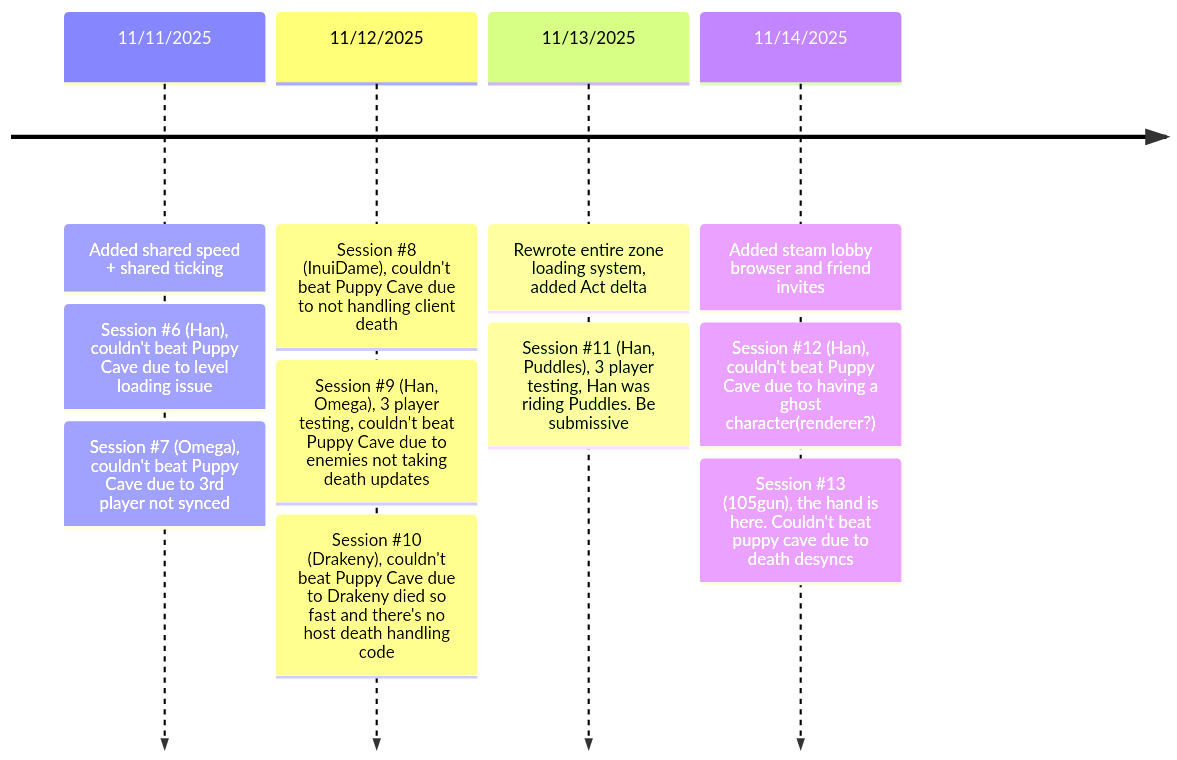
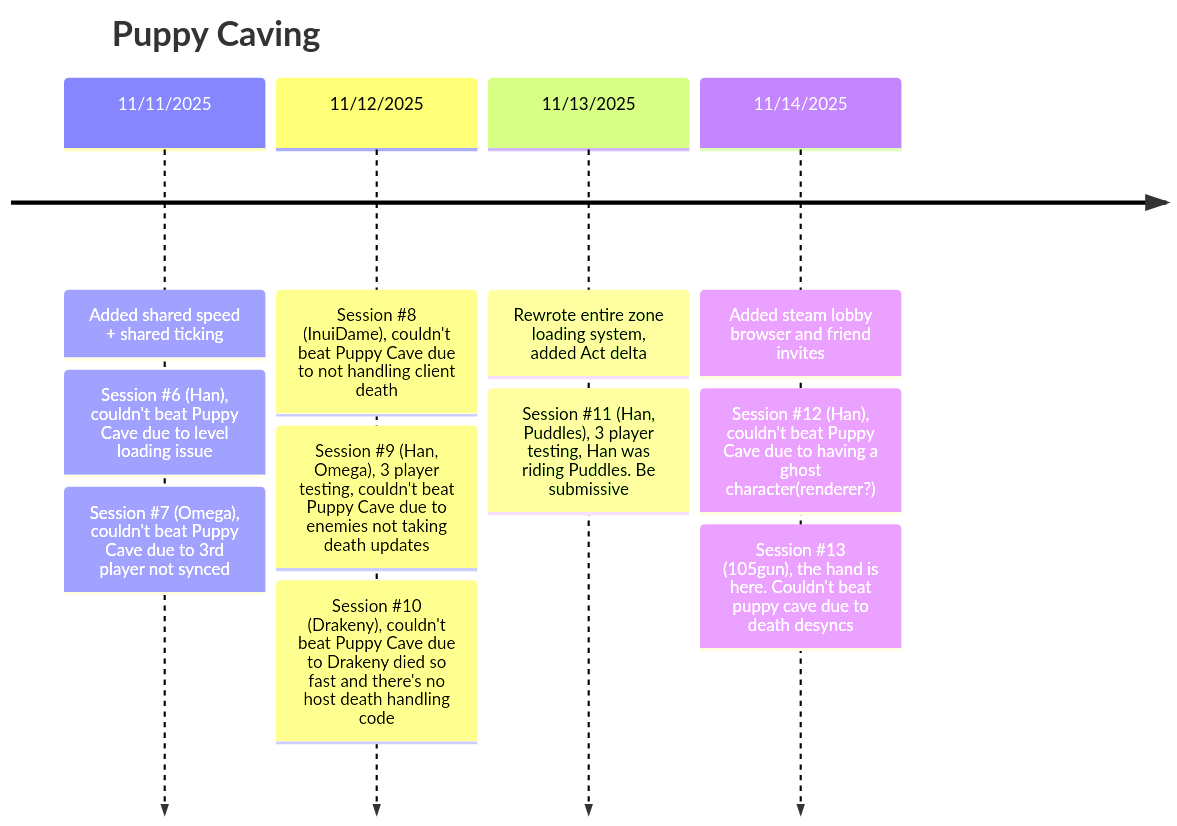
One commit to gottyduke/Elin.Plugins changed the second of 2 diagrams in ElinTogether/README.md. Above: the diagram before and after it, drawn with Mermaid. The commit also changed other lines of this file and 51 other files, not shown here.

````diff
--- a/ElinTogether/README.md
+++ b/ElinTogether/README.md
@@ -35,14 +32,15 @@
 ```mermaid
 timeline
+    title Puppy Caving
     11/11/2025 : Added shared speed + shared ticking
     : Session #6 (Han), couldn't beat Puppy Cave due to level loading issue
     : Session #7 (Omega), couldn't beat Puppy Cave due to 3rd player not synced
     11/12/2025 : Session #8 (InuiDame), couldn't beat Puppy Cave due to not handling client death
     : Session #9 (Han, Omega), 3 player testing, couldn't beat Puppy Cave due to enemies not taking death updates
     : Session #10 (Drakeny), couldn't beat Puppy Cave due to Drakeny died so fast and there's no host death handling code
     11/13/2025 : Rewrote entire zone loading system, added Act delta
     : Session #11 (Han, Puddles), 3 player testing, Han was riding Puddles. Be submissive
     11/14/2025 : Added steam lobby browser and friend invites
     : Session #12 (Han), couldn't beat Puppy Cave due to having a ghost character(renderer?)
     : Session #13 (105gun), the hand is here. Couldn't beat puppy cave due to death desyncs
 ```
````
